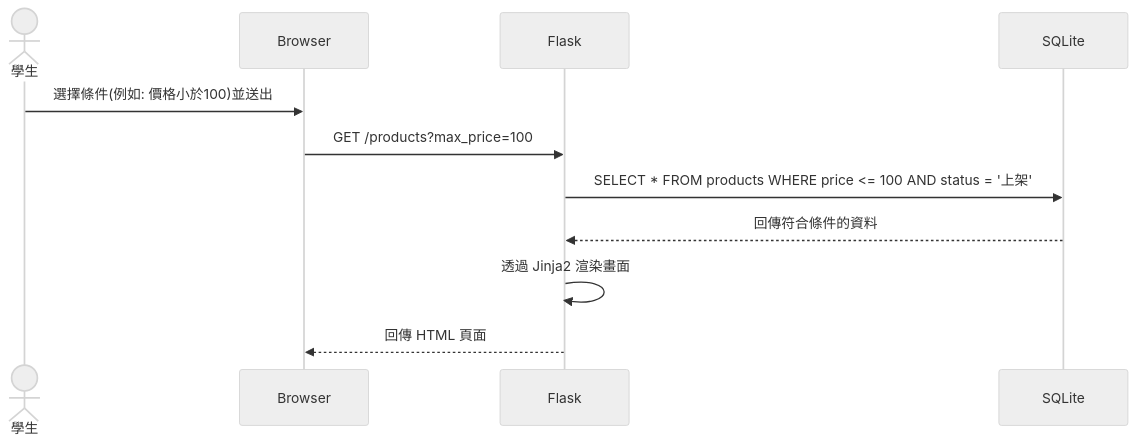
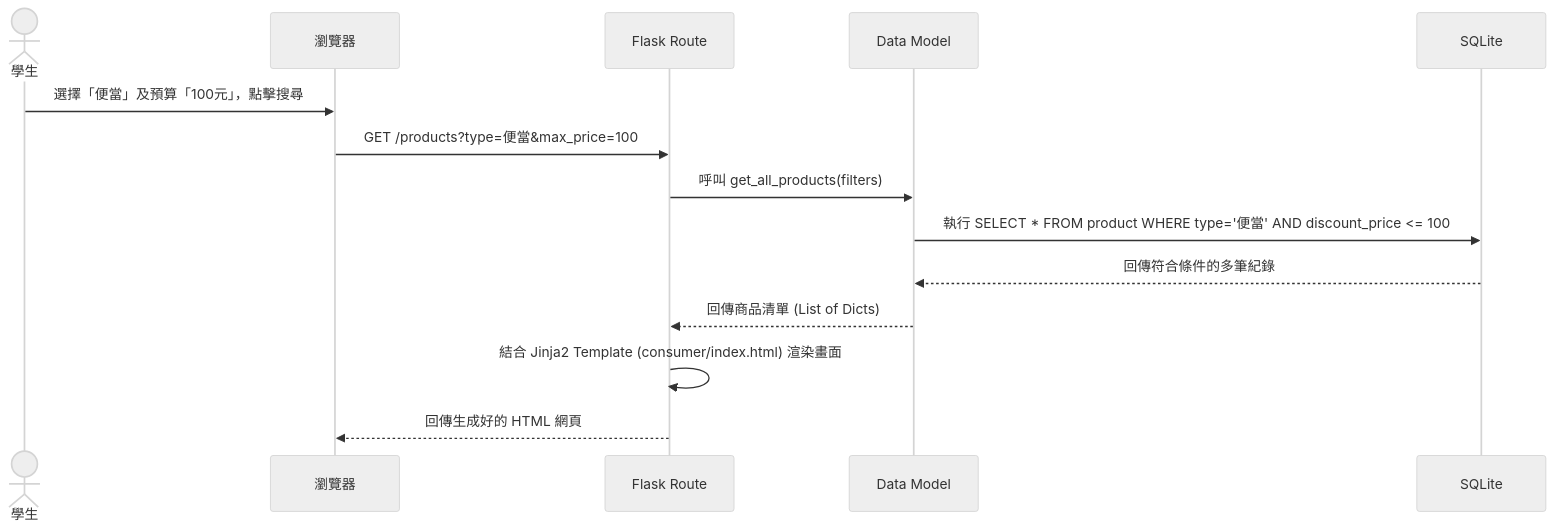
One commit to yuyun57/- changed the third of 3 diagrams in docs/FLOWCHART.md. Above: the diagram before and after it, drawn with Mermaid (neutral theme). The commit also changed other lines of this file, not shown here.

Commit message:
docs: add user flowchart

````diff
--- a/docs/FLOWCHART.md
+++ b/docs/FLOWCHART.md
@@ -58,13 +58,17 @@
 ```mermaid
 sequenceDiagram
-    actor Student as 學生
-    participant Browser
-    participant Flask
+    actor User as 學生
+    participant Browser as 瀏覽器
+    participant Flask as Flask Route
+    participant Model as Data Model
     participant DB as SQLite
-    Student->>Browser: 選擇條件(例如: 價格小於100)並送出
-    Browser->>Flask: GET /products?max_price=100
-    Flask->>DB: SELECT * FROM products WHERE price <= 100 AND status = '上架'
-    DB-->>Flask: 回傳符合條件的資料
-    Flask->>Flask: 透過 Jinja2 渲染畫面
-    Flask-->>Browser: 回傳 HTML 頁面
+
+    User->>Browser: 選擇「便當」及預算「100元」，點擊搜尋
+    Browser->>Flask: GET /products?type=便當&max_price=100
+    Flask->>Model: 呼叫 get_all_products(filters)
+    Model->>DB: 執行 SELECT * FROM product WHERE type='便當' AND discount_price <= 100
+    DB-->>Model: 回傳符合條件的多筆紀錄
+    Model-->>Flask: 回傳商品清單 (List of Dicts)
+    Flask->>Flask: 結合 Jinja2 Template (consumer/index.html) 渲染畫面
+    Flask-->>Browser: 回傳生成好的 HTML 網頁
 ```
````
